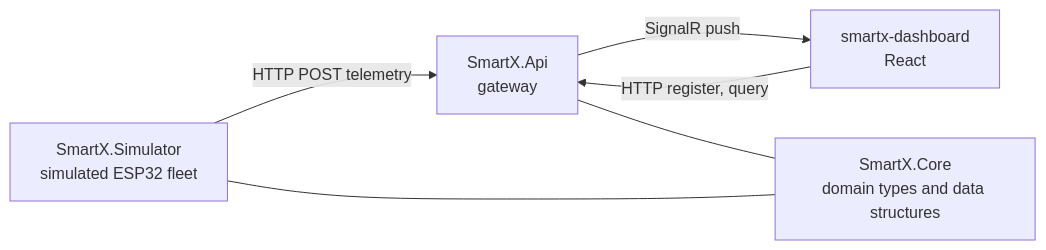
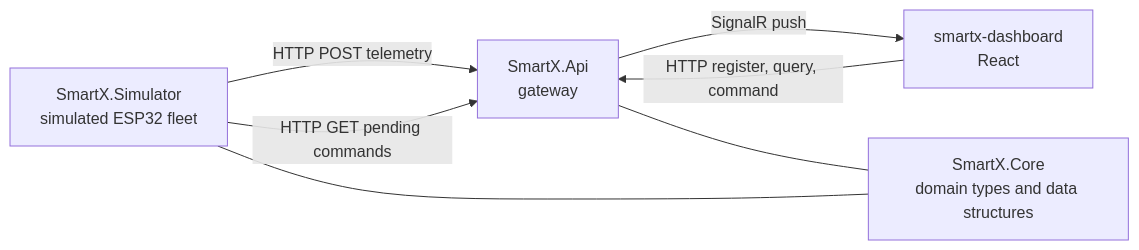
The first of 2 diagrams in README.md (st10434242/st10434242-prog7312-poe), drawn with Mermaid before and after one commit. The commit also changed other lines of this file and 3 other files, not shown here.

````diff
--- a/README.md
+++ b/README.md
@@ -131,13 +157,14 @@
 ```mermaid
 flowchart LR
   SIM["SmartX.Simulator<br/>simulated ESP32 fleet"]
   API["SmartX.Api<br/>gateway"]
   CORE["SmartX.Core<br/>domain types and data structures"]
   UI["smartx-dashboard<br/>React"]
 
   SIM -->|"HTTP POST telemetry"| API
+  SIM -->|"HTTP GET pending commands"| API
   API -->|"SignalR push"| UI
-  UI -->|"HTTP register, query"| API
+  UI -->|"HTTP register, query, command"| API
   API --- CORE
   SIM --- CORE
 ```
````
